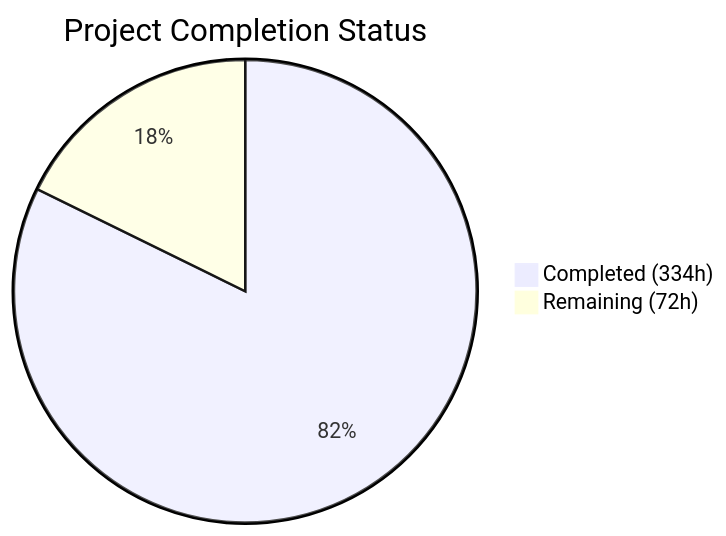
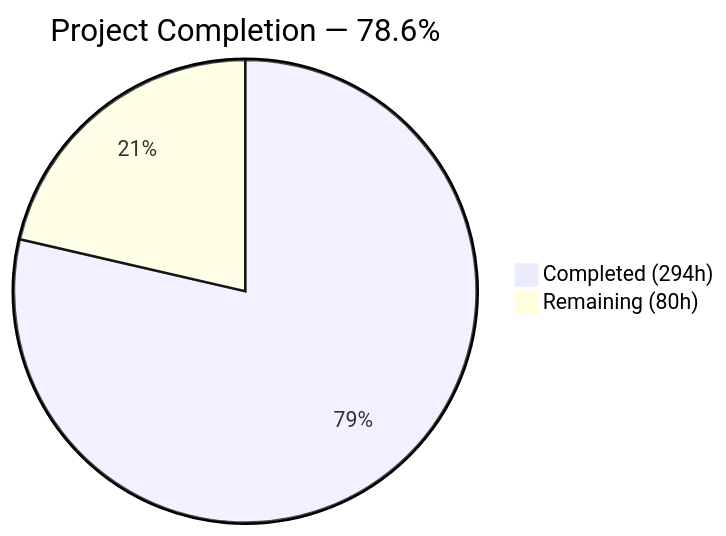
Before and after one commit to blitzy-public-samples/blitzy-triton: the first of 2 diagrams in blitzy/documentation/Project Guide.md, drawn with Mermaid. The commit also changed other lines of this file, not shown here.

Commit message:
Adding Blitzy Project Guide: Project Status and Human Tasks Remaining

````diff
--- a/blitzy/documentation/Project Guide.md
+++ b/blitzy/documentation/Project Guide.md
@@ -13,5 +13,5 @@
 ```mermaid
-pie title Project Completion Status
-    "Completed (334h)" : 334
-    "Remaining (72h)" : 72
+pie title Project Completion — 78.6%
+    "Completed (294h)" : 294
+    "Remaining (80h)" : 80
 ```
````
